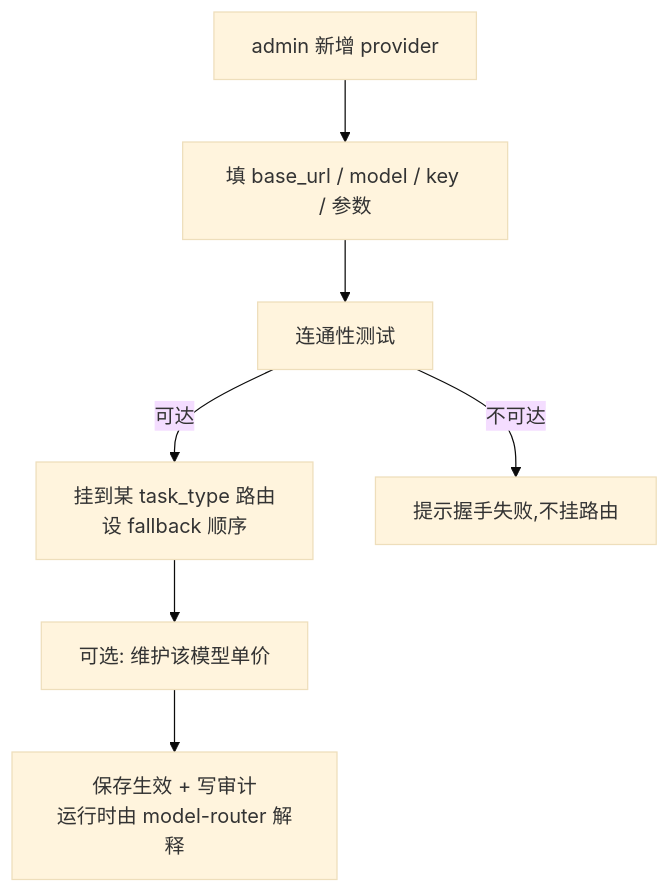
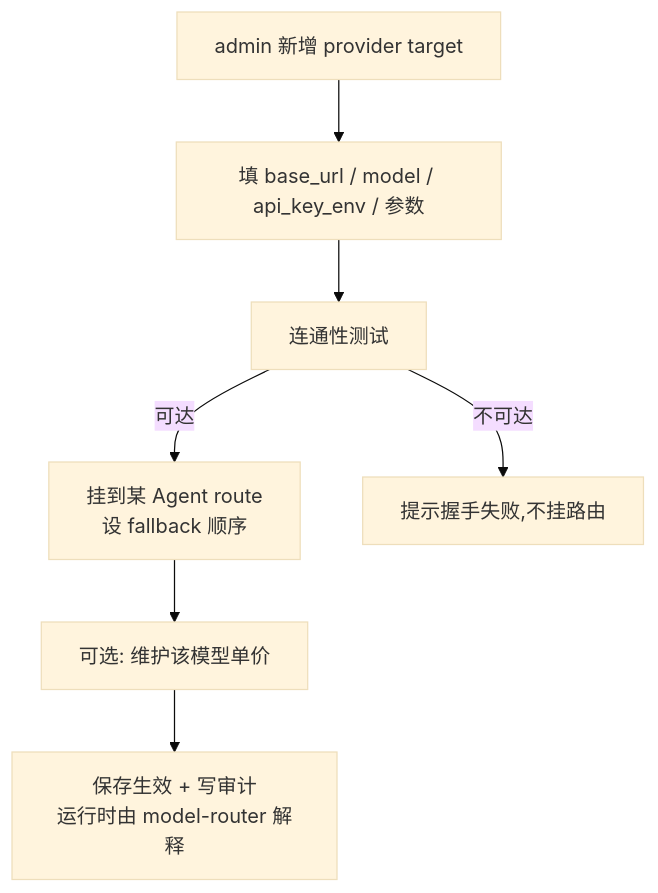
Diagram 16 of 21 in docs/capabilities/platform.md (Summy2104/fleetent), drawn with Mermaid (base theme) before and after one commit. The commit also changed other lines of this file and 10 other files, not shown here.

Commit message:
docs(capabilities): align roadmaps with config model

````diff
--- a/docs/capabilities/platform.md
+++ b/docs/capabilities/platform.md
@@ -561,9 +561,9 @@
 ```mermaid
 flowchart TD
-    A["admin 新增 provider"] --> B["填 base_url / model / key / 参数"]
+    A["admin 新增 provider target"] --> B["填 base_url / model / api_key_env / 参数"]
     B --> C["连通性测试"]
-    C -->|可达| D["挂到某 task_type 路由<br/>设 fallback 顺序"]
+    C -->|可达| D["挂到某 Agent route<br/>设 fallback 顺序"]
     C -->|不可达| E["提示握手失败,不挂路由"]
     D --> F["可选: 维护该模型单价"]
     F --> G["保存生效 + 写审计<br/>运行时由 model-router 解释"]
 ```
````
